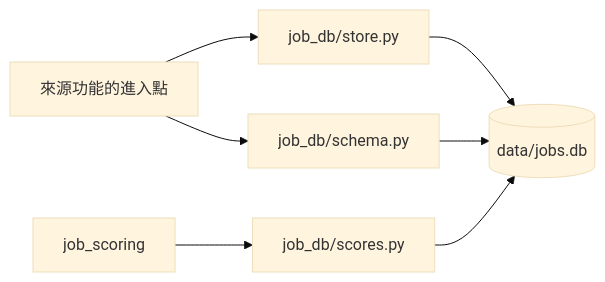
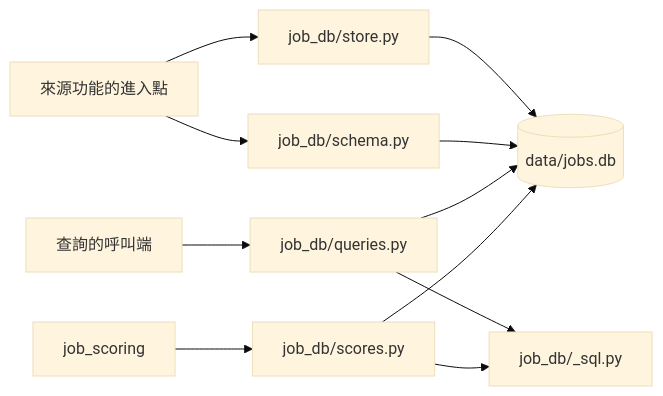
Before and after one commit to dlhdb/job-matching: the diagram in docs/tech/tech-design/job-database.md, drawn with Mermaid (base theme). The commit also changed other lines of this file and 16 other files, not shown here.

````diff
--- a/docs/tech/tech-design/job-database.md
+++ b/docs/tech/tech-design/job-database.md
@@ -8,9 +8,13 @@
 ```mermaid
 flowchart LR
     src["來源功能的進入點"] --> store["job_db/store.py"]
     src --> schema["job_db/schema.py"]
+    reader["查詢的呼叫端"] --> queries["job_db/queries.py"]
     store --> db[("data/jobs.db")]
     schema --> db
+    queries --> db
     scoring["job_scoring"] --> scores["job_db/scores.py"]
     scores --> db
+    queries --> sql["job_db/_sql.py"]
+    scores --> sql
 ```
````
